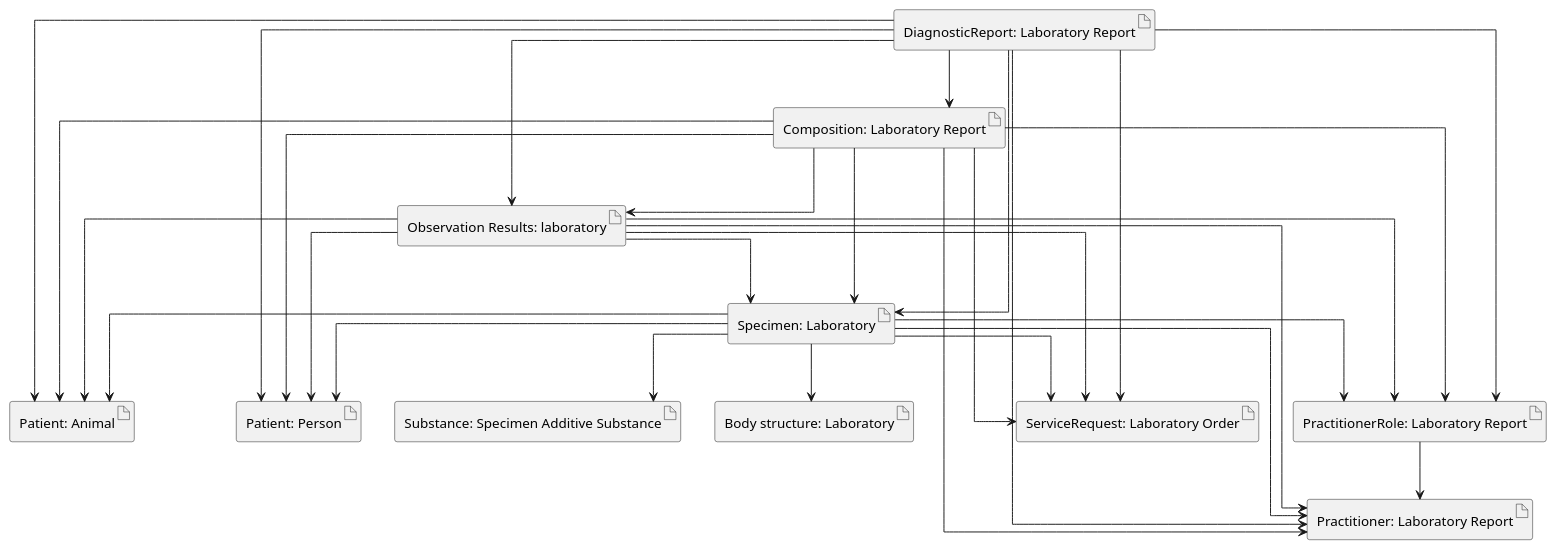
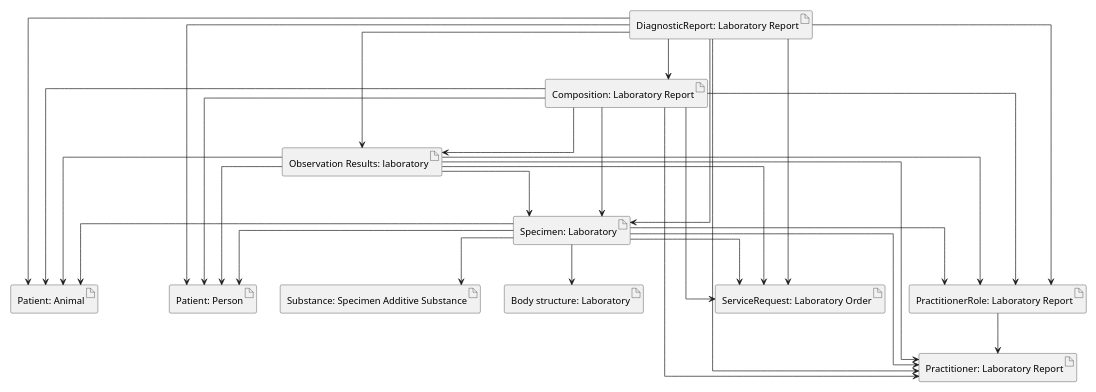
The diagram in input/images-source/links-overview.plantuml (hl7-eu/laboratory), drawn with PlantUML before and after one commit. The commit also changed 3 other files, not shown here.

```diff
--- a/input/images-source/links-overview.plantuml
+++ b/input/images-source/links-overview.plantuml
@@ -1,65 +1,66 @@
 @startuml
 
 skinparam linetype ortho
+scale 0.7
 
 artifact "Composition: Laboratory Report" as composition
 artifact "DiagnosticReport: Laboratory Report" as diagnosticReport
 artifact "Observation Results: laboratory" as result
 artifact "Patient: Animal" as animalPatient
 artifact "Patient: Person" as humanPatient
 artifact "Practitioner: Laboratory Report" as Practitioner
 artifact "PractitionerRole: Laboratory Report" as PractitionerRole
 artifact "ServiceRequest: Laboratory Order" as ServiceRequest
 artifact "Specimen: Laboratory" as Specimen
 artifact "Substance: Specimen Additive Substance" as Substance
 artifact "Body structure: Laboratory" as bodyStructure
 
 
 url of composition is  [[StructureDefinition-Composition-eu-lab.html]]
 url of diagnosticReport is  [[StructureDefinition-DiagnosticReport-eu-lab.html]]
 url of result [[StructureDefinition-Observation-resultslab-eu-lab.html]]
 url of humanPatient [[StructureDefinition-Patient-eu-lab.html]]
 url of animalPatient [[StructureDefinition-Patient-animal-eu-lab.html]]
 url of Practitioner [[StructureDefinition-Practitioner-eu-lab.html]]
 url of PractitionerRole [[StructureDefinition-PractitionerRole-eu-lab.html]]
 url of ServiceRequest [[StructureDefinition-ServiceRequest-eu-lab.html]]
 url of Specimen [[StructureDefinition-Specimen-eu-lab.html]]
 url of Substance [[StructureDefinition-Substance-additive-eu-lab.html]]
 url of bodyStructure [[StructureDefinition-BodyStructure-eu-lab.html]]
 
 
 diagnosticReport --> composition
 diagnosticReport --> result
 diagnosticReport --> animalPatient
 diagnosticReport --> humanPatient
 diagnosticReport --> Practitioner
 diagnosticReport --> PractitionerRole
 diagnosticReport --> ServiceRequest
 diagnosticReport --> Specimen
 
 composition --> result
 composition --> animalPatient
 composition --> humanPatient
 composition --> Practitioner
 composition --> PractitionerRole
 composition --> ServiceRequest
 composition --> Specimen
 
 result --> animalPatient
 result --> humanPatient
 result --> Practitioner
 result --> PractitionerRole
 result --> ServiceRequest
 result --> Specimen
 
 Specimen --> animalPatient
 Specimen --> humanPatient
 Specimen --> Practitioner
 Specimen --> PractitionerRole
 Specimen --> ServiceRequest
 Specimen --> Substance
 Specimen --> bodyStructure
 
 PractitionerRole --> Practitioner
 
 @enduml
```
